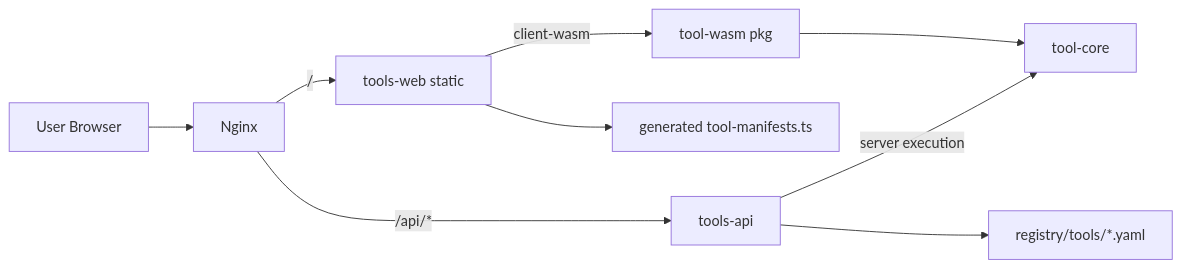
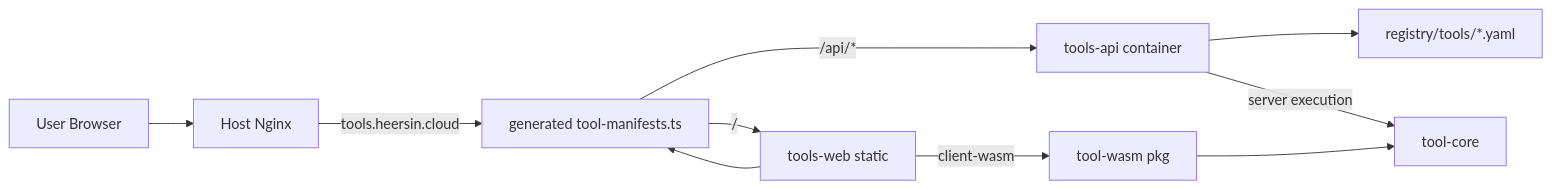
The first of 2 diagrams in docs/ARCHITECTURE.md (Heersin/PublicToolbox), drawn with Mermaid before and after one commit. The commit also changed other lines of this file and 8 other files, not shown here.

Commit message:
feat(deploy): add docker-compose packaging and tools.heersin.cloud nginx config

````diff
--- a/docs/ARCHITECTURE.md
+++ b/docs/ARCHITECTURE.md
@@ -50,14 +50,15 @@
 ```mermaid
 flowchart LR
-  U[User Browser] --> N[Nginx]
-  N -->|/| W[tools-web static]
-  N -->|/api/*| A[tools-api]
+  U[User Browser] --> H[Host Nginx]
+  H -->|tools.heersin.cloud| G[tools-web gateway on 127.0.0.1:4200]
+  G -->|/api/*| A[tools-api container]
+  G -->|/| W[tools-web static]
 
   W --> G[generated tool-manifests.ts]
   A --> R[registry/tools/*.yaml]
 
   W -->|client-wasm| WM[tool-wasm pkg]
   WM --> C[tool-core]
 
   A -->|server execution| C
 ```
````
